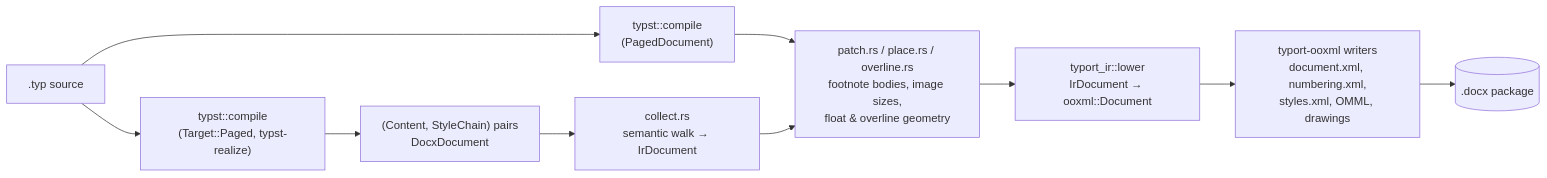
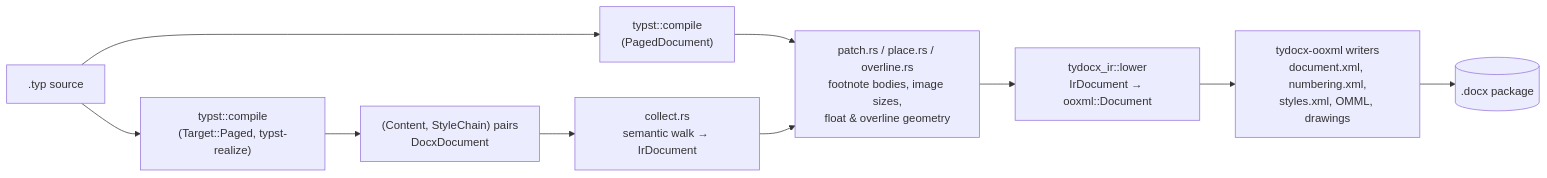
The diagram in docs/spec-ecma376.md (kwadraten/tydocx), drawn with Mermaid before and after one commit. The commit also changed other lines of this file and 214 other files, not shown here.

First line of the commit message:
chore: rename crates, binary and references typort -> tydocx

````diff
--- a/docs/spec-ecma376.md
+++ b/docs/spec-ecma376.md
@@ -40,12 +40,12 @@
 ```mermaid
 flowchart LR
     src[.typ source] --> compile["typst::compile<br/>(Target::Paged, typst-realize)"]
     src --> paged["typst::compile<br/>(PagedDocument)"]
     compile --> pairs["(Content, StyleChain) pairs<br/>DocxDocument"]
     pairs --> collect["collect.rs<br/>semantic walk → IrDocument"]
     paged --> patch["patch.rs / place.rs / overline.rs<br/>footnote bodies, image sizes,<br/>float & overline geometry"]
     collect --> patch
-    patch --> lower["typort_ir::lower<br/>IrDocument → ooxml::Document"]
-    lower --> write["typort-ooxml writers<br/>document.xml, numbering.xml,<br/>styles.xml, OMML, drawings"]
+    patch --> lower["tydocx_ir::lower<br/>IrDocument → ooxml::Document"]
+    lower --> write["tydocx-ooxml writers<br/>document.xml, numbering.xml,<br/>styles.xml, OMML, drawings"]
     write --> docx[(.docx package)]
 ```
````
